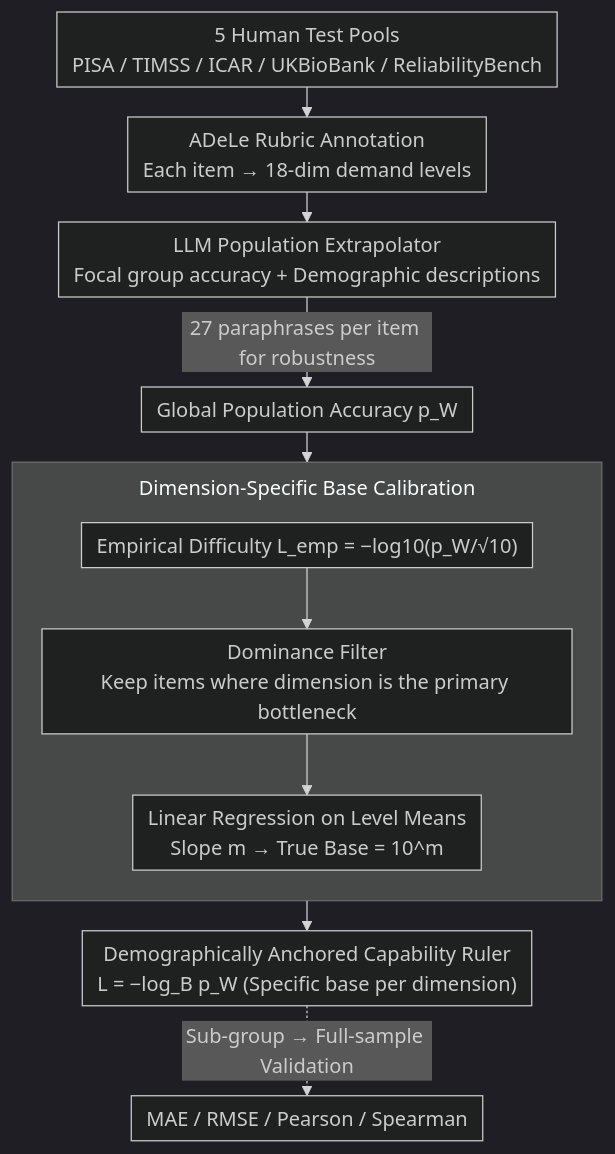
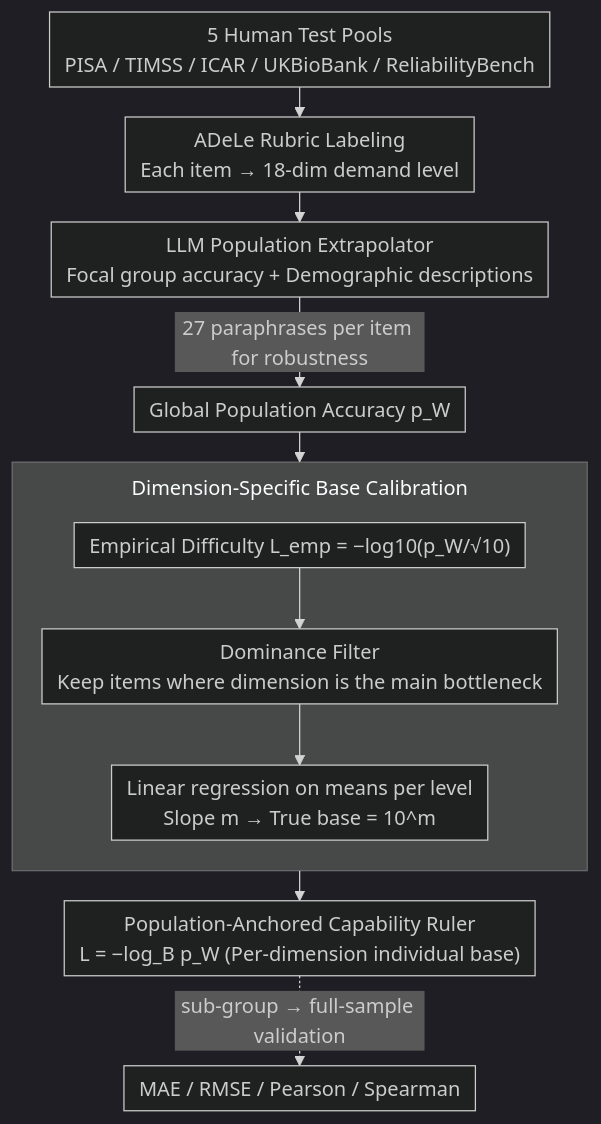
Before and after one commit to zhaoyang97/Paper-Notes-en: the diagram in docs/ICML2026/llm_evaluation/from_human-level_ai_tales_to_ai_leveling_human_scales.md, drawn with Mermaid (dark theme). The commit also changed other lines of this file and 5084 other files, not shown here.

````diff
--- a/docs/ICML2026/llm_evaluation/from_human-level_ai_tales_to_ai_leveling_human_scales.md
+++ b/docs/ICML2026/llm_evaluation/from_human-level_ai_tales_to_ai_leveling_human_scales.md
@@ -47,15 +47,15 @@
 ```mermaid
 %%{init: {'flowchart': {'rankSpacing': 24, 'nodeSpacing': 28, 'padding': 6, 'wrappingWidth': 400, 'subGraphTitleMargin': {'top': 8, 'bottom': 16}}}}%%
 flowchart TD
-    A["5 Human Test Pools<br/>PISA / TIMSS / ICAR / UKBioBank / ReliabilityBench"] --> B["ADeLe Rubric Annotation<br/>Each item → 18-dim demand levels"]
+    A["5 Human Test Pools<br/>PISA / TIMSS / ICAR / UKBioBank / ReliabilityBench"] --> B["ADeLe Rubric Labeling<br/>Each item → 18-dim demand level"]
     B --> C["LLM Population Extrapolator<br/>Focal group accuracy + Demographic descriptions"]
     C -->|27 paraphrases per item for robustness| D["Global Population Accuracy p_W"]
     subgraph CAL["Dimension-Specific Base Calibration"]
         direction TB
-        E["Empirical Difficulty L_emp = −log10(p_W/√10)"] --> F["Dominance Filter<br/>Keep items where dimension is the primary bottleneck"]
-        F --> G["Linear Regression on Level Means<br/>Slope m → True Base = 10^m"]
+        E["Empirical Difficulty L_emp = −log10(p_W/√10)"] --> F["Dominance Filter<br/>Keep items where dimension is the main bottleneck"]
+        F --> G["Linear regression on means per level<br/>Slope m → True base = 10^m"]
     end
     D --> CAL
-    CAL --> H["Demographically Anchored Capability Ruler<br/>L = −log_B p_W (Specific base per dimension)"]
-    H -.->|Sub-group → Full-sample Validation| I["MAE / RMSE / Pearson / Spearman"]
+    CAL --> H["Population-Anchored Capability Ruler<br/>L = −log_B p_W (Per-dimension individual base)"]
+    H -.->|sub-group → full-sample validation| I["MAE / RMSE / Pearson / Spearman"]
 ```
````
